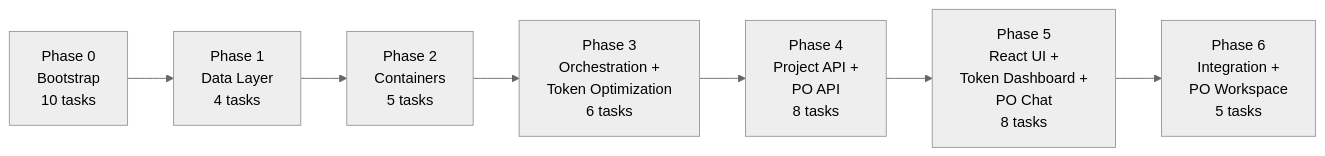
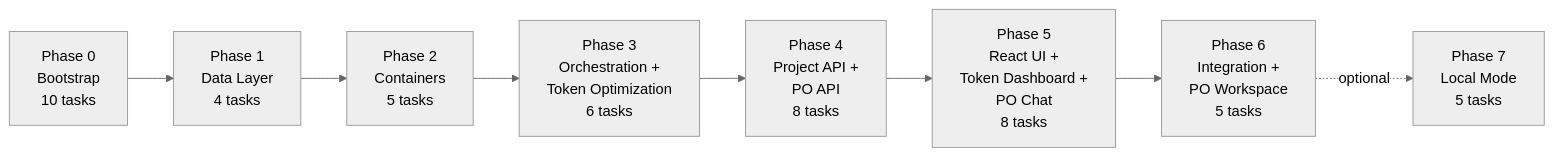
The diagram in docs/specs/implementation-plan.md (cenron/foundry), drawn with Mermaid (neutral theme) before and after one commit. The commit also changed other lines of this file and 70 other files, not shown here.

First line of the commit message:
Phase 7: Local mode — agents run as local processes, no Docker required (#9)

````diff
--- a/docs/specs/implementation-plan.md
+++ b/docs/specs/implementation-plan.md
@@ -2162,9 +2376,10 @@
 ```mermaid
 graph LR
     P0[Phase 0<br/>Bootstrap<br/>10 tasks] --> P1[Phase 1<br/>Data Layer<br/>4 tasks]
     P1 --> P2[Phase 2<br/>Containers<br/>5 tasks]
     P2 --> P3[Phase 3<br/>Orchestration +<br/>Token Optimization<br/>6 tasks]
     P3 --> P4[Phase 4<br/>Project API +<br/>PO API<br/>8 tasks]
     P4 --> P5[Phase 5<br/>React UI +<br/>Token Dashboard +<br/>PO Chat<br/>8 tasks]
     P5 --> P6[Phase 6<br/>Integration +<br/>PO Workspace<br/>5 tasks]
+    P6 -.->|optional| P7[Phase 7<br/>Local Mode<br/>5 tasks]
 ```
````
